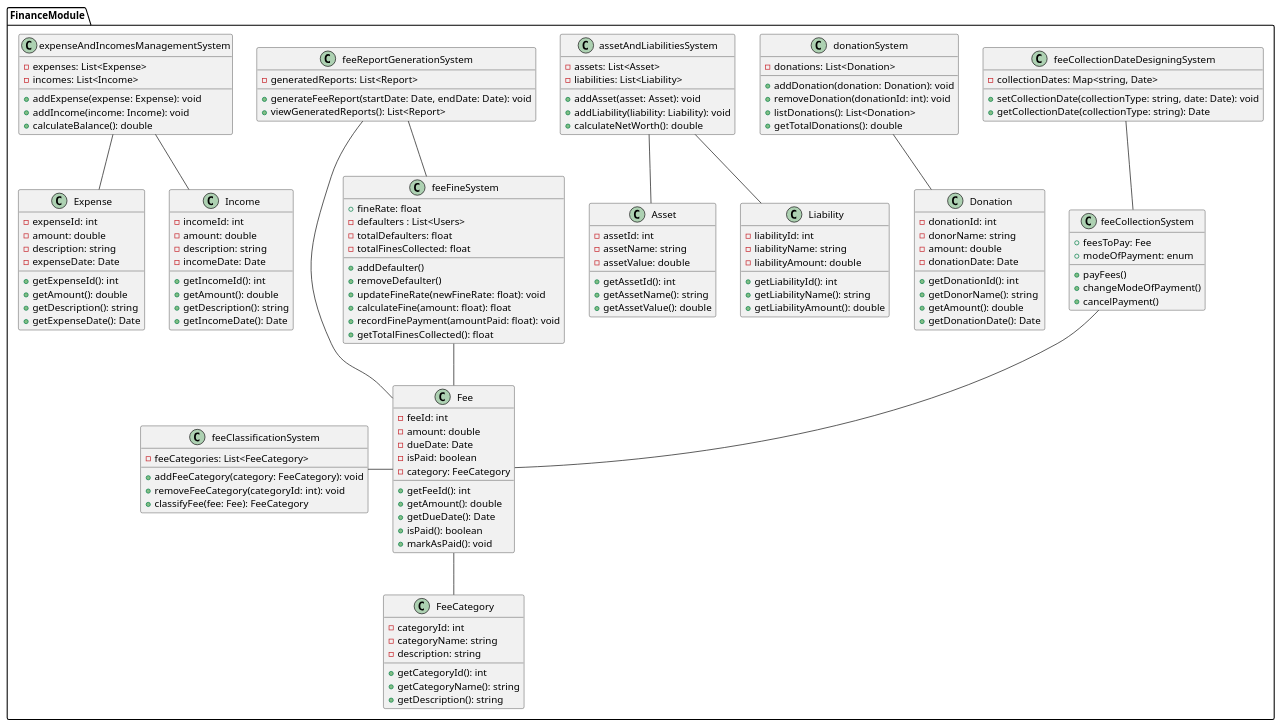
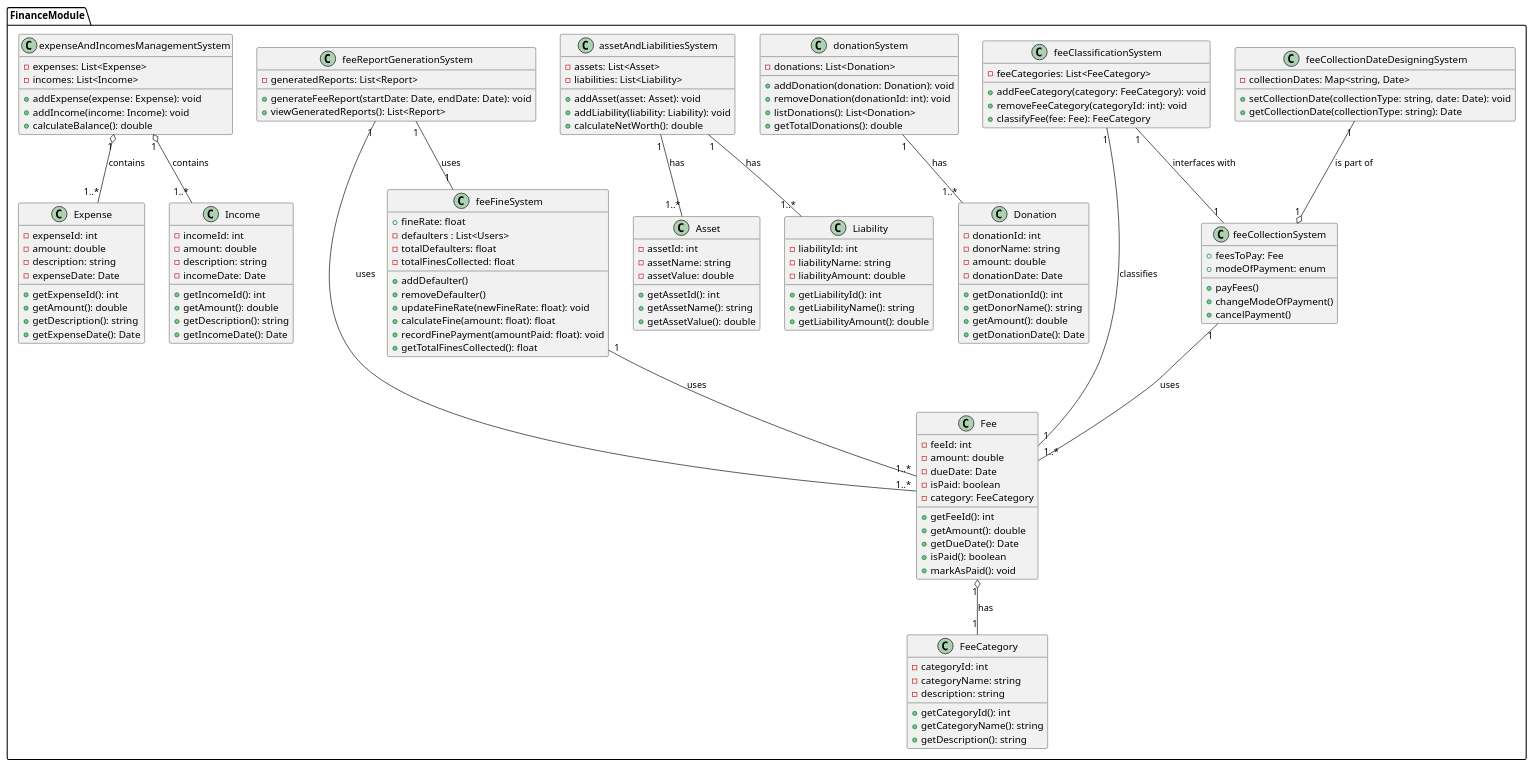
One commit to anshium/DASS-Assignment-3-IMS-System-Design changed the diagram in finance.plantuml. Above: the diagram before and after it, drawn with PlantUML.

Commit message:
update finance

```diff
--- a/finance.plantuml
+++ b/finance.plantuml
@@ -1,162 +1,163 @@
 @startuml finance
 package FinanceModule {
 	class Fee {
 		- feeId: int
 		- amount: double
 		- dueDate: Date
 		- isPaid: boolean
 		- category: FeeCategory
 
 		+ getFeeId(): int
 		+ getAmount(): double
 		+ getDueDate(): Date
 		+ isPaid(): boolean
 		+ markAsPaid(): void
 	}
 
 	class FeeCategory {
 		- categoryId: int
 		- categoryName: string
 		- description: string
 		+ getCategoryId(): int
 		+ getCategoryName(): string
 		+ getDescription(): string
 	}
 
 	class feeClassificationSystem {
 		- feeCategories: List<FeeCategory>
 		+ addFeeCategory(category: FeeCategory): void
 		+ removeFeeCategory(categoryId: int): void
 		+ classifyFee(fee: Fee): FeeCategory
 	}
 
 	class feeCollectionDateDesigningSystem {
 		- collectionDates: Map<string, Date>
 		+ setCollectionDate(collectionType: string, date: Date): void
 		+ getCollectionDate(collectionType: string): Date
 	}
 
 	class feeCollectionSystem {
 		+ feesToPay: Fee
 		+ modeOfPayment: enum
 		
 		+ payFees()
 		+ changeModeOfPayment()
 		+ cancelPayment()
 	}
 
 	class feeFineSystem {
 		+ fineRate: float
 		- defaulters : List<Users>
 		- totalDefaulters: float
 		- totalFinesCollected: float
 		
 		+ addDefaulter()
 		+ removeDefaulter()
 		+ updateFineRate(newFineRate: float): void
 		+ calculateFine(amount: float): float
 		+ recordFinePayment(amountPaid: float): void
 		+ getTotalFinesCollected(): float
 	}
 
 	class donationSystem {
 		- donations: List<Donation>
 		+ addDonation(donation: Donation): void
 		+ removeDonation(donationId: int): void
 		+ listDonations(): List<Donation>
 		+ getTotalDonations(): double
 	}
 
 	class Donation {
 		- donationId: int
 		- donorName: string
 		- amount: double
 		- donationDate: Date
 		+ getDonationId(): int
 		+ getDonorName(): string
 		+ getAmount(): double
 		+ getDonationDate(): Date
 	}
 
 	class assetAndLiabilitiesSystem {
 		- assets: List<Asset>
 		- liabilities: List<Liability>
 		+ addAsset(asset: Asset): void
 		+ addLiability(liability: Liability): void
 		+ calculateNetWorth(): double
 	}
 
 	class Asset {
 		- assetId: int
 		- assetName: string
 		- assetValue: double
 		+ getAssetId(): int
 		+ getAssetName(): string
 		+ getAssetValue(): double
 	}
 
 	class Liability {
 		- liabilityId: int
 		- liabilityName: string
 		- liabilityAmount: double
 		+ getLiabilityId(): int
 		+ getLiabilityName(): string
 		+ getLiabilityAmount(): double
 	}
 
 	class feeReportGenerationSystem {
 		- generatedReports: List<Report>
 		'Should the reports go to the database, or should they rest with the system?: Can do that it goes to the cache and everytime the generatedReports is invoked, it fetches the data into this variable'
 
 		+ generateFeeReport(startDate: Date, endDate: Date): void
 		+ viewGeneratedReports(): List<Report>
 	}
 
 	class expenseAndIncomesManagementSystem {
 		- expenses: List<Expense>
 		- incomes: List<Income>
 		+ addExpense(expense: Expense): void
 		+ addIncome(income: Income): void
 		+ calculateBalance(): double
 	}
 
 	class Expense {
 		- expenseId: int
 		- amount: double
 		- description: string
 		- expenseDate: Date
 
 		+ getExpenseId(): int
 		+ getAmount(): double
 		+ getDescription(): string
 		+ getExpenseDate(): Date
 	}
 
 	class Income {
 		- incomeId: int
 		- amount: double
 		- description: string
 		- incomeDate: Date
 
 		+ getIncomeId(): int
 		+ getAmount(): double
 		+ getDescription(): string
 		+ getIncomeDate(): Date
 	}
 
-	expenseAndIncomesManagementSystem -- Income
-	expenseAndIncomesManagementSystem -- Expense
-	feeCollectionSystem -- Fee
-	Fee -- FeeCategory
-	donationSystem -- Donation
-	assetAndLiabilitiesSystem -- Asset
-	assetAndLiabilitiesSystem -- Liability
-	feeFineSystem -- Fee
-	feeCollectionDateDesigningSystem -- feeCollectionSystem
-	feeClassificationSystem - Fee
-	feeReportGenerationSystem -- Fee
-	feeReportGenerationSystem -- feeFineSystem
+	expenseAndIncomesManagementSystem "1" o-- "1..*" Income: contains
+	expenseAndIncomesManagementSystem "1" o-- "1..*" Expense: contains
+	feeCollectionSystem "1" -- "1..*" Fee: uses
+	Fee "1" o-- "1" FeeCategory: has
+	donationSystem "1" -- "1..*" Donation: has
+	assetAndLiabilitiesSystem "1" -- "1..*" Asset: has
+	assetAndLiabilitiesSystem "1" -- "1..*" Liability: has
+	feeFineSystem "1" -- "1..*" Fee: uses
+	feeCollectionDateDesigningSystem "1" --o "1" feeCollectionSystem: is part of
+	feeClassificationSystem "1" -- "1" Fee: classifies
+	feeReportGenerationSystem "1" -- "1..*" Fee: uses
+	feeReportGenerationSystem "1" -- "1" feeFineSystem: uses
+	feeClassificationSystem "1" -- "1" feeCollectionSystem: interfaces with
 
 }
 
 @enduml
```
